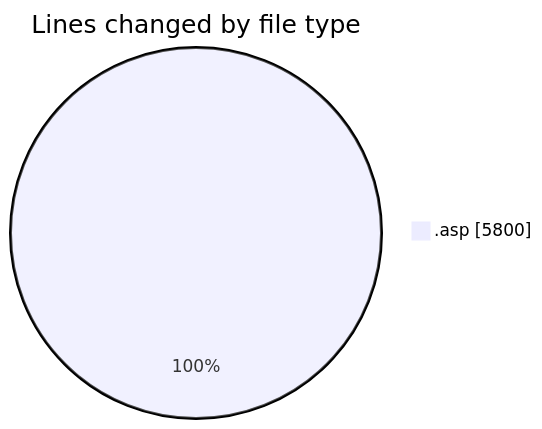
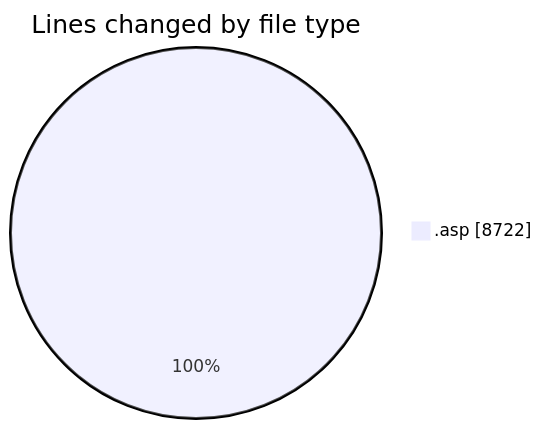
One commit to julien-gomy/code-tracking changed the first of 2 diagrams in 2025-10-20/cdp_aleoudev_fr__workspace_/README.md. Above: the diagram before and after it, drawn with Mermaid. The commit also changed other lines of this file and 1 other file, not shown here.

````diff
--- a/2025-10-20/cdp_aleoudev_fr__workspace_/README.md
+++ b/2025-10-20/cdp_aleoudev_fr__workspace_/README.md
@@ -21,5 +22,5 @@
 ```mermaid
 pie showData
 title Lines changed by file type
-".asp" : 5800
+".asp" : 8722
 ```
````
